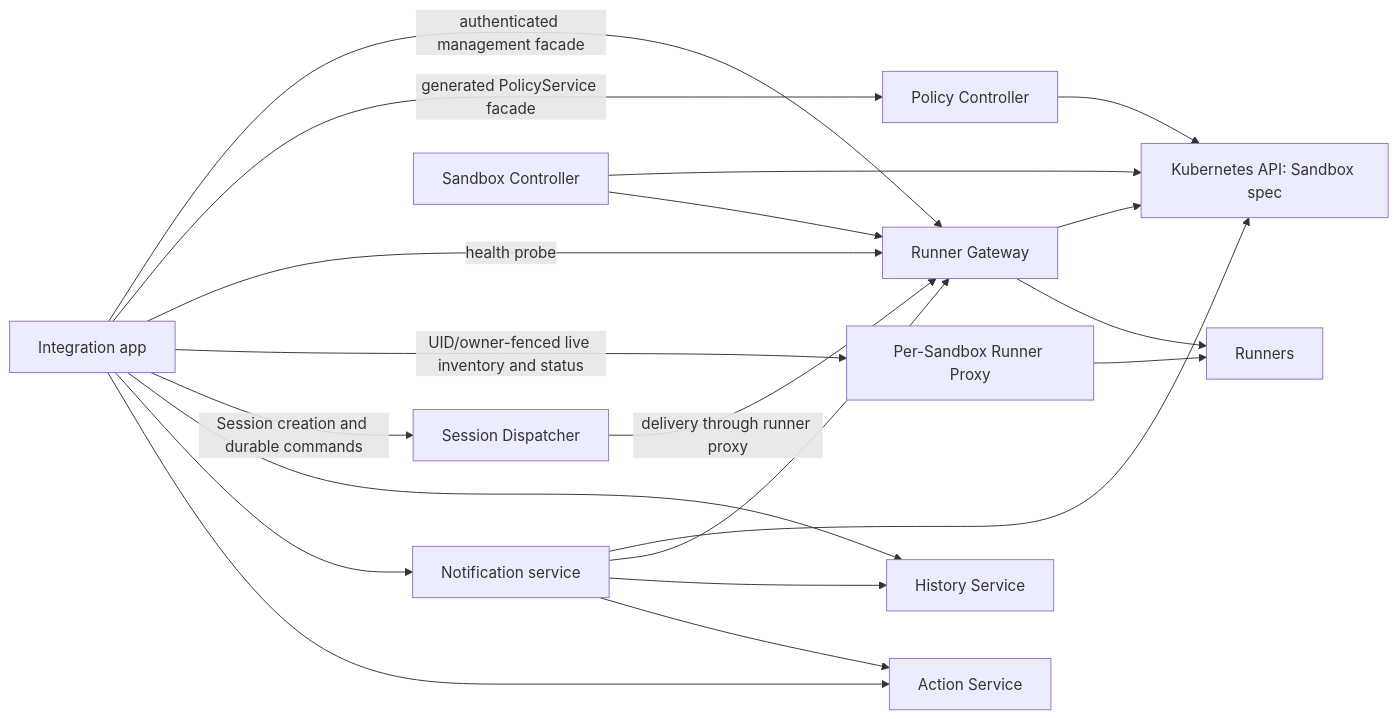
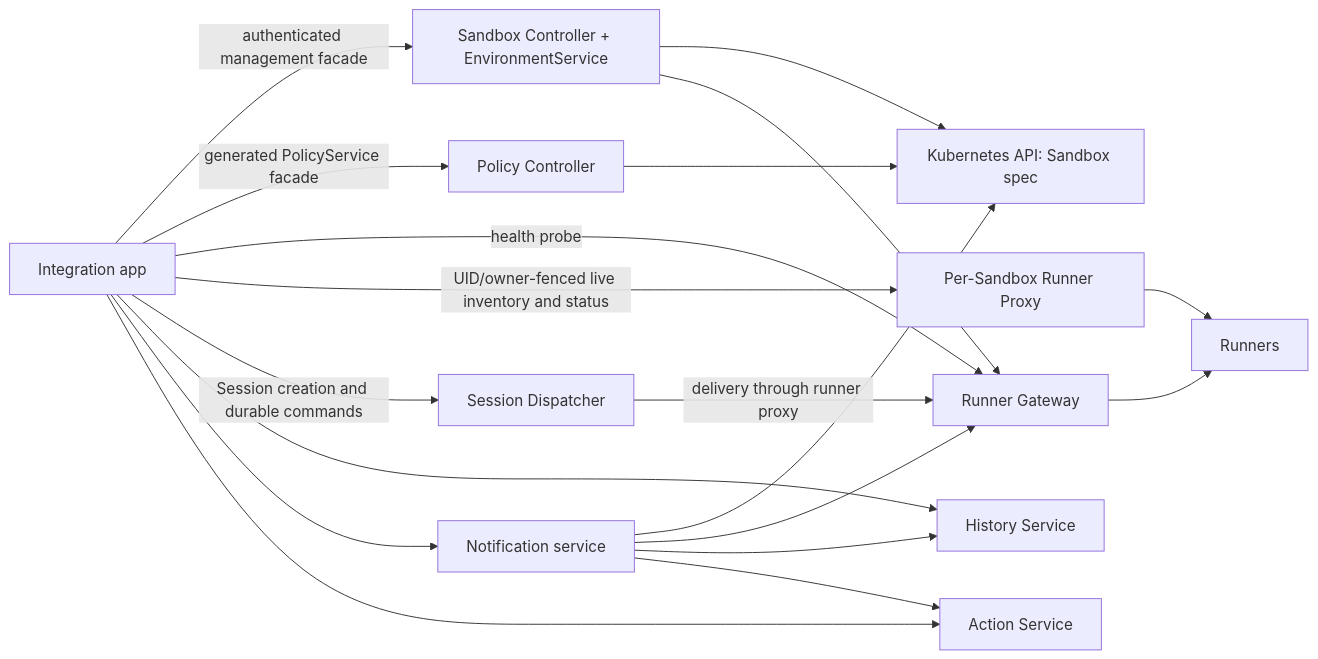
Before and after one commit to agentydragon/ducktape: the diagram in agentplane/docs/service_boundaries.md, drawn with Mermaid. The commit also changed other lines of this file and 20 other files, not shown here.

Commit message:
Retire the Gateway EnvironmentService registration and obsolete settings

````diff
--- a/agentplane/docs/service_boundaries.md
+++ b/agentplane/docs/service_boundaries.md
@@ -14,22 +14,21 @@
 ```mermaid
 flowchart LR
-    App[Integration app] -->|authenticated management facade| Gateway[Runner Gateway]
-    Gateway --> Kubernetes[Kubernetes API: Sandbox spec]
+    App[Integration app] -->|authenticated management facade| Controller[Sandbox Controller + EnvironmentService]
+    Controller --> Kubernetes[Kubernetes API: Sandbox spec]
     App -->|generated PolicyService facade| Policy[Policy Controller]
     Policy --> Kubernetes
-    App -->|health probe| Gateway
+    App -->|health probe| Gateway[Runner Gateway]
     App -->|UID/owner-fenced live inventory and status| Proxy[Per-Sandbox Runner Proxy]
     App -->|Session creation and durable commands| Dispatcher[Session Dispatcher]
     Dispatcher -->|delivery through runner proxy| Gateway
     App --> History[History Service]
     App --> Notifications[Notification service]
     App --> Actions[Action Service]
     Notifications --> Kubernetes
     Notifications --> Gateway
     Notifications --> History
     Notifications --> Actions
-    Controller[Sandbox Controller] --> Kubernetes
     Controller --> Gateway
     Gateway --> Runners[Runners]
     Proxy --> Runners
 ```
````
